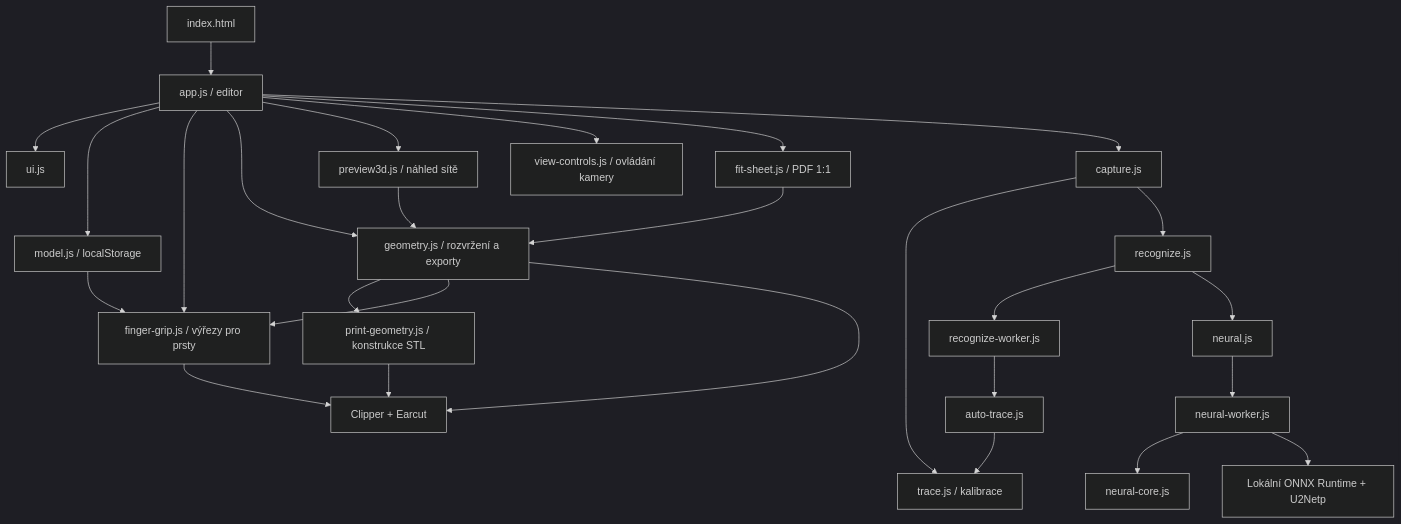
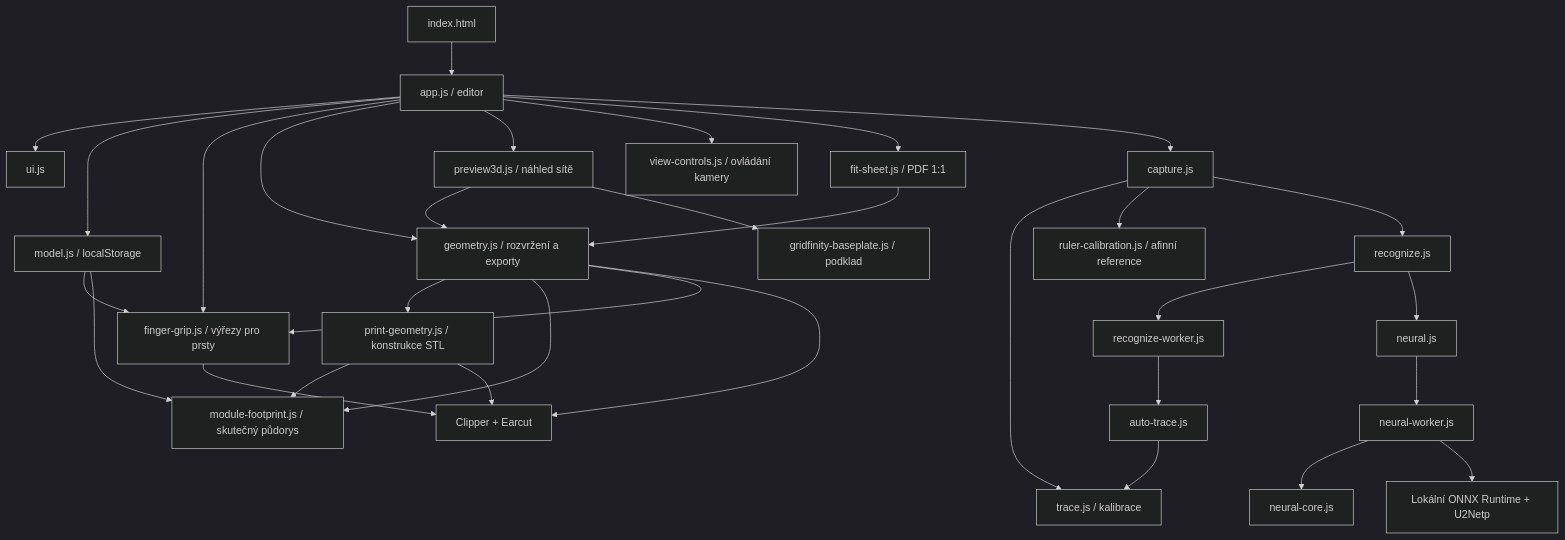
One commit to jaroslavpatocka/InsertCreator changed the diagram in ARCHITECTURE.md. Above: the diagram before and after it, drawn with Mermaid (dark theme). The commit also changed other lines of this file and 54 other files, not shown here.

````diff
--- a/ARCHITECTURE.md
+++ b/ARCHITECTURE.md
@@ -36,29 +40,34 @@
 ```mermaid
 flowchart TD
     HTML[index.html] --> APP[app.js / editor]
     APP --> UI[ui.js]
     APP --> MODEL[model.js / localStorage]
     APP --> GRIP[finger-grip.js / výřezy pro prsty]
     MODEL --> GRIP
     APP --> GEO[geometry.js / rozvržení a exporty]
     APP --> PREVIEW[preview3d.js / náhled sítě]
     APP --> CONTROLS[view-controls.js / ovládání kamery]
     PREVIEW --> GEO
+    PREVIEW --> BASEPLATE[gridfinity-baseplate.js / podklad]
     APP --> PDF[fit-sheet.js / PDF 1:1]
     PDF --> GEO
     APP --> CAP[capture.js]
     CAP --> TRACE[trace.js / kalibrace]
+    CAP --> RULERS[ruler-calibration.js / afinní reference]
     CAP --> REC[recognize.js]
     REC --> CLASS[recognize-worker.js]
     CLASS --> AUTO[auto-trace.js]
     AUTO --> TRACE
     REC --> NEURAL[neural.js]
     NEURAL --> NW[neural-worker.js]
     NW --> CORE[neural-core.js]
     NW --> ONNX[Lokální ONNX Runtime + U2Netp]
     GEO --> PRINT[print-geometry.js / konstrukce STL]
+    GEO --> FOOTPRINT[module-footprint.js / skutečný půdorys]
+    MODEL --> FOOTPRINT
+    PRINT --> FOOTPRINT
     GEO --> GRIP
     GEO --> VENDOR[Clipper + Earcut]
     PRINT --> VENDOR
     GRIP --> VENDOR
 ```
````
